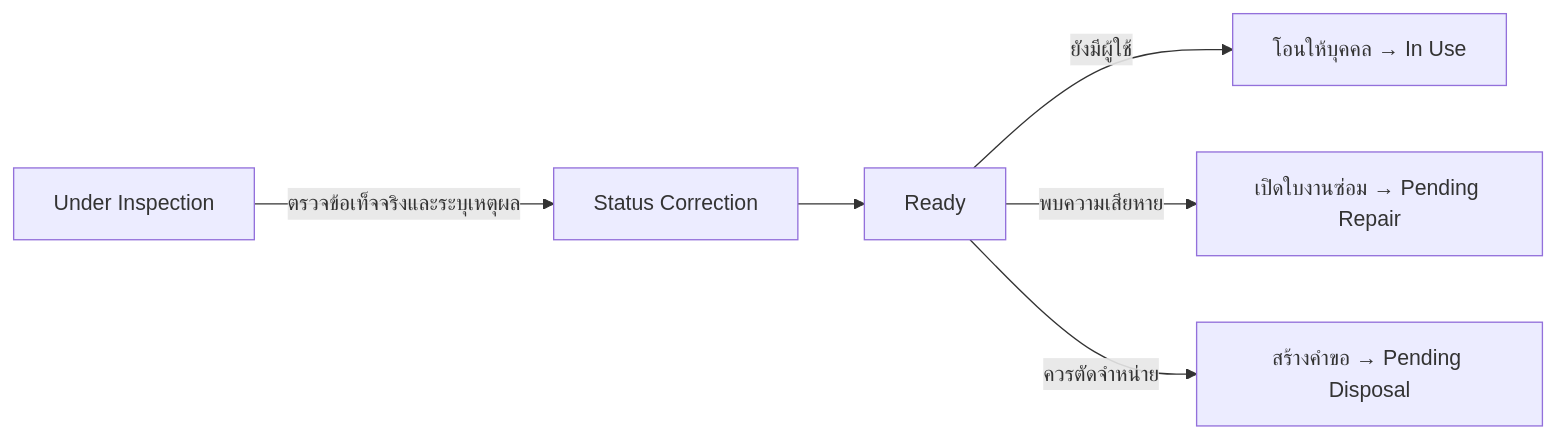
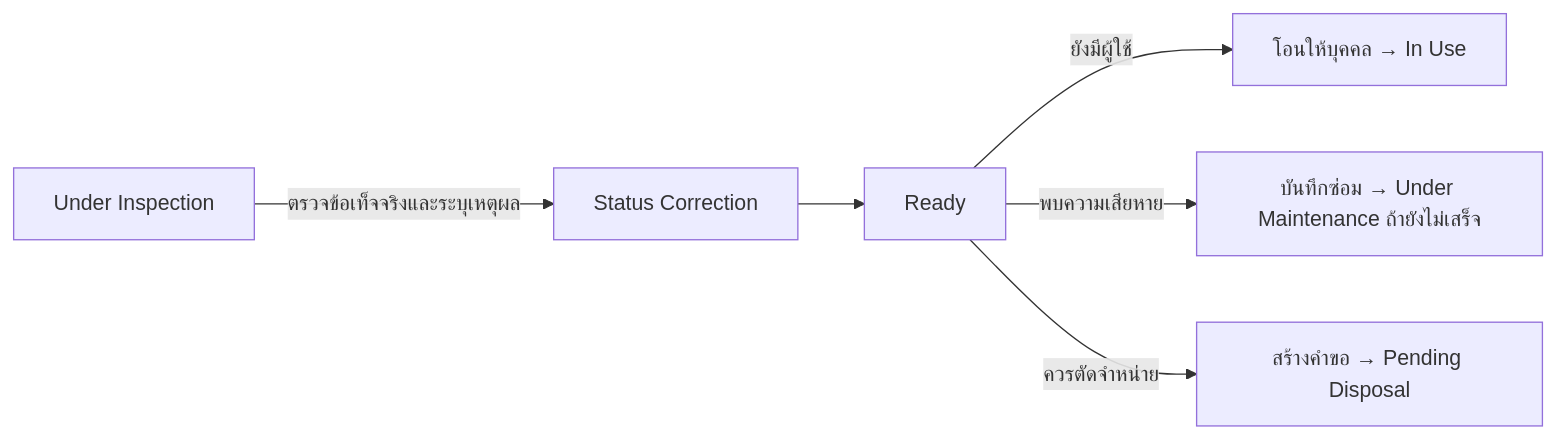
The seventh of 8 diagrams in docs/16_ASSET_STATUS_WORKFLOW_TH.md (iEel/asset-system), drawn with Mermaid before and after one commit. The commit also changed other lines of this file and 16 other files, not shown here.

````diff
--- a/docs/16_ASSET_STATUS_WORKFLOW_TH.md
+++ b/docs/16_ASSET_STATUS_WORKFLOW_TH.md
@@ -163,8 +172,8 @@
 ```mermaid
 flowchart LR
     A["Under Inspection"] -->|ตรวจข้อเท็จจริงและระบุเหตุผล| B["Status Correction"]
     B --> C["Ready"]
     C -->|ยังมีผู้ใช้| D["โอนให้บุคคล → In Use"]
-    C -->|พบความเสียหาย| E["เปิดใบงานซ่อม → Pending Repair"]
+    C -->|พบความเสียหาย| E["บันทึกซ่อม → Under Maintenance ถ้ายังไม่เสร็จ"]
     C -->|ควรตัดจำหน่าย| F["สร้างคำขอ → Pending Disposal"]
 ```
````
